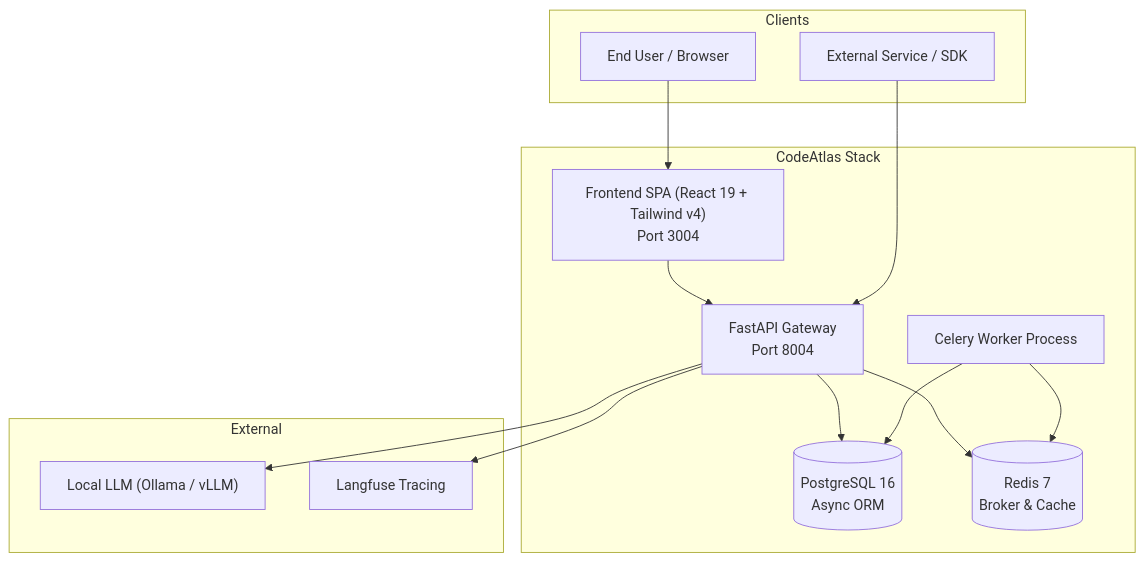
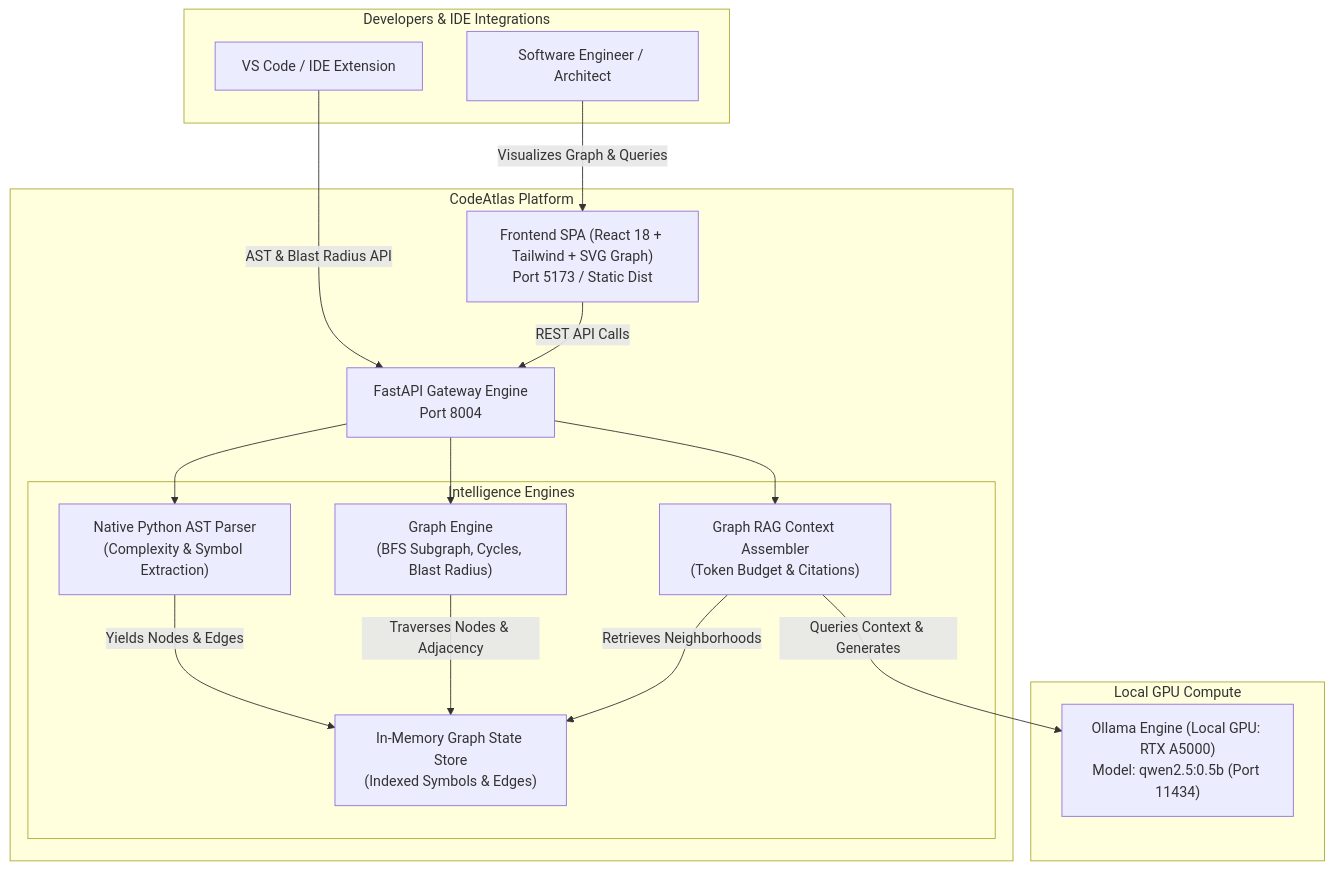
The first of 2 diagrams in docs/architecture.md (Kyrollo/codeatlas), drawn with Mermaid before and after one commit. The commit also changed other lines of this file and 31 other files, not shown here.

Commit message:
feat(codeatlas): implement codebase knowledge graph, AST parser, and local GPU Graph RAG

````diff
--- a/docs/architecture.md
+++ b/docs/architecture.md
@@ -5,30 +9,36 @@
 ```mermaid
 flowchart TD
-    subgraph Clients
-        WebUser["End User / Browser"]
-        APIClient["External Service / SDK"]
+    subgraph Clients["Developers & IDE Integrations"]
+        Dev["Software Engineer / Architect"]
+        IDE["VS Code / IDE Extension"]
     end
 
-    subgraph CodeAtlas Stack
-        Frontend["Frontend SPA (React 19 + Tailwind v4)\nPort 3004"]
-        Gateway["FastAPI Gateway\nPort 8004"]
-        Worker["Celery Worker Process"]
-        DB[("PostgreSQL 16\nAsync ORM")]
-        Redis[("Redis 7\nBroker & Cache")]
+    subgraph CodeAtlas["CodeAtlas Platform"]
+        Frontend["Frontend SPA (React 18 + Tailwind + SVG Graph)\nPort 5173 / Static Dist"]
+        APIGateway["FastAPI Gateway Engine\nPort 8004"]
+        
+        subgraph CoreServices["Intelligence Engines"]
+            ASTParser["Native Python AST Parser\n(Complexity & Symbol Extraction)"]
+            GraphEngine["Graph Engine\n(BFS Subgraph, Cycles, Blast Radius)"]
+            RAGEngine["Graph RAG Context Assembler\n(Token Budget & Citations)"]
+            Store["In-Memory Graph State Store\n(Indexed Symbols & Edges)"]
+        end
     end
 
-    subgraph External
-        Ollama["Local LLM (Ollama / vLLM)"]
-        Langfuse["Langfuse Tracing"]
+    subgraph GPUInference["Local GPU Compute"]
+        Ollama["Ollama Engine (Local GPU: RTX A5000)\nModel: qwen2.5:0.5b (Port 11434)"]
     end
 
-    WebUser --> Frontend
-    Frontend --> Gateway
-    APIClient --> Gateway
-    Gateway --> DB
-    Gateway --> Redis
-    Gateway --> Ollama
-    Gateway --> Langfuse
-    Worker --> Redis
-    Worker --> DB
+    Dev -->|Visualizes Graph & Queries| Frontend
+    IDE -->|AST & Blast Radius API| APIGateway
+    Frontend -->|REST API Calls| APIGateway
+
+    APIGateway --> ASTParser
+    APIGateway --> GraphEngine
+    APIGateway --> RAGEngine
+    
+    ASTParser -->|Yields Nodes & Edges| Store
+    GraphEngine -->|Traverses Nodes & Adjacency| Store
+    RAGEngine -->|Retrieves Neighborhoods| Store
+    RAGEngine -->|Queries Context & Generates| Ollama
 ```
````
